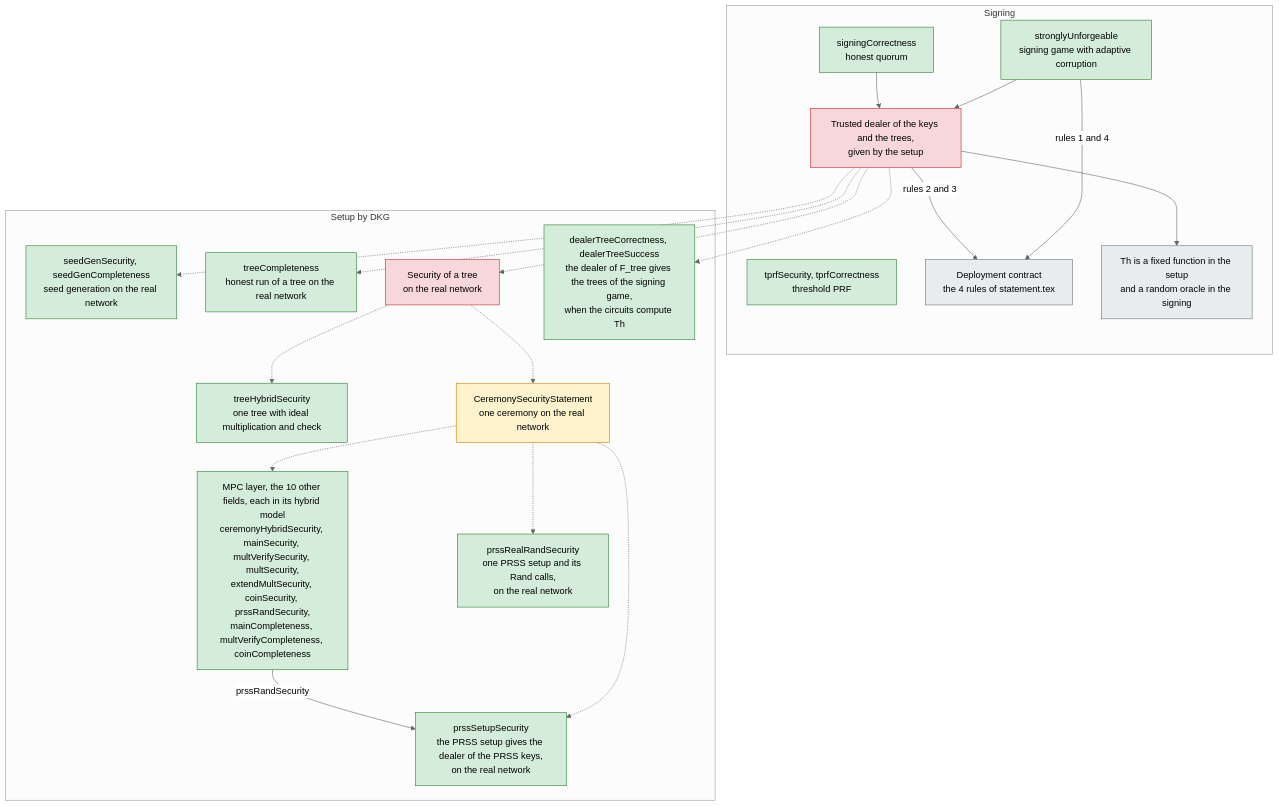
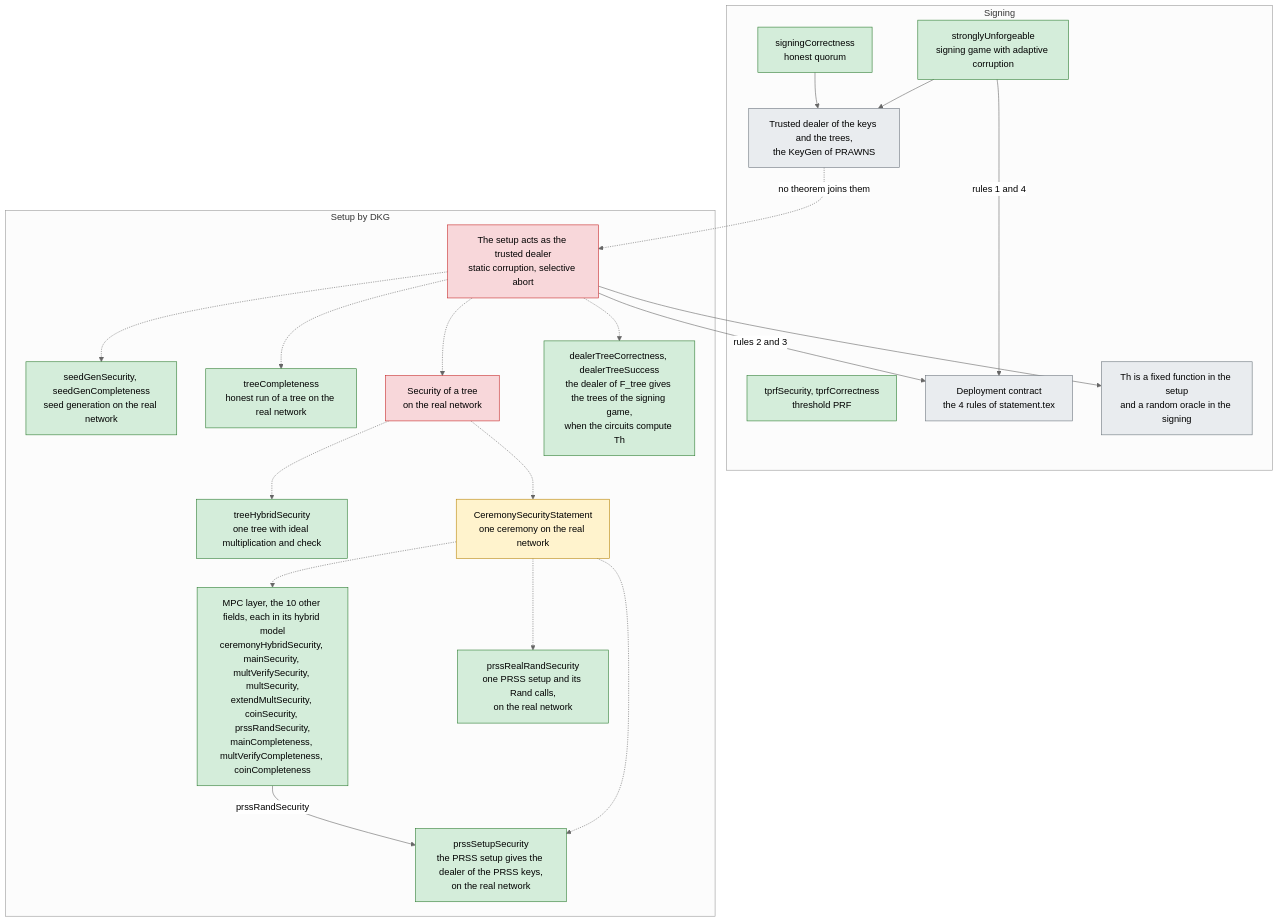
Before and after one commit to han0110/threshold-lean-xmss: the diagram in formal/README.md, drawn with Mermaid (neutral theme). The commit also changed other lines of this file and 2 other files, not shown here.

````diff
--- a/formal/README.md
+++ b/formal/README.md
@@ -61,47 +61,49 @@
 ```mermaid
 flowchart TB
   classDef proved fill:#d4edda,stroke:#2e7d32,color:#000
   classDef stated fill:#fff3cd,stroke:#b8860b,color:#000
   classDef missing fill:#f8d7da,stroke:#c62828,color:#000
   classDef assumed fill:#e9ecef,stroke:#6c757d,color:#000
 
   subgraph SIG["Signing"]
     SUF["stronglyUnforgeable<br/>signing game with adaptive corruption"]:::proved
     SCOR["signingCorrectness<br/>honest quorum"]:::proved
     TPRF["tprfSecurity, tprfCorrectness<br/>threshold PRF"]:::proved
-    DEALT["Trusted dealer of the keys and the trees,<br/>given by the setup"]:::missing
+    DEALT["Trusted dealer of the keys and the trees,<br/>the KeyGen of PRAWNS"]:::assumed
     RULES["Deployment contract<br/>the 4 rules of statement.tex"]:::assumed
     HEUR["Th is a fixed function in the setup<br/>and a random oracle in the signing"]:::assumed
   end
 
   subgraph DKG["Setup by DKG"]
     SEED["seedGenSecurity, seedGenCompleteness<br/>seed generation on the real network"]:::proved
     TCOMP["treeCompleteness<br/>honest run of a tree on the real network"]:::proved
     THYB["treeHybridSecurity<br/>one tree with ideal multiplication and check"]:::proved
+    SETUP["The setup acts as the trusted dealer<br/>static corruption, selective abort"]:::missing
     TSEC["Security of a tree<br/>on the real network"]:::missing
     DEALER["dealerTreeCorrectness, dealerTreeSuccess<br/>the dealer of F_tree gives the trees of the signing game,<br/>when the circuits compute Th"]:::proved
     CSEC["CeremonySecurityStatement<br/>one ceremony on the real network"]:::stated
     MPC["MPC layer, the 10 other fields, each in its hybrid model<br/>ceremonyHybridSecurity, mainSecurity, multVerifySecurity, multSecurity,<br/>extendMultSecurity, coinSecurity, prssRandSecurity,<br/>mainCompleteness, multVerifyCompleteness, coinCompleteness"]:::proved
     PKEYS["prssSetupSecurity<br/>the PRSS setup gives the dealer of the PRSS keys,<br/>on the real network"]:::proved
     PRAND["prssRealRandSecurity<br/>one PRSS setup and its Rand calls,<br/>on the real network"]:::proved
   end
 
   style SIG stroke:#999999
   style DKG stroke:#999999
 
   SUF --> DEALT
   SCOR --> DEALT
   SUF -->|rules 1 and 4| RULES
-  DEALT -->|rules 2 and 3| RULES
-  DEALT --> HEUR
-  DEALT -.-> SEED
-  DEALT -.-> DEALER
-  DEALT -.-> TCOMP
-  DEALT -.-> TSEC
+  DEALT -.->|no theorem joins them| SETUP
+  SETUP -->|rules 2 and 3| RULES
+  SETUP --> HEUR
+  SETUP -.-> SEED
+  SETUP -.-> DEALER
+  SETUP -.-> TCOMP
+  SETUP -.-> TSEC
   TSEC -.-> THYB
   TSEC -.-> CSEC
   CSEC -.-> MPC
   CSEC -.-> PKEYS
   CSEC -.-> PRAND
   MPC -->|prssRandSecurity| PKEYS
 ```
````
